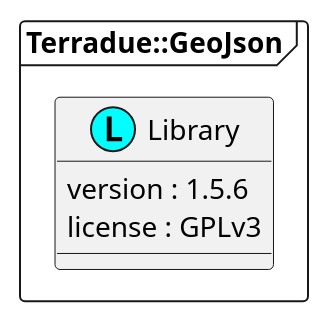
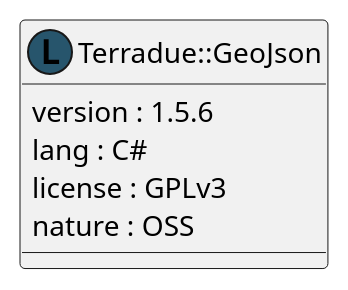
The diagram in source/namespaces/namespace_terradue_1_1_geo_json.iuml (urban-tep/DDF-SDD), drawn with PlantUML before and after one commit. The commit also changed 133 other files, not shown here.

```diff
--- a/source/namespaces/namespace_terradue_1_1_geo_json.iuml
+++ b/source/namespaces/namespace_terradue_1_1_geo_json.iuml
@@ -1,8 +1,8 @@
 @startuml
-package "Terradue::GeoJson" <<Frame>> {
-  class "Library" as namespace_terradue_1_1_geo_json << (L, cyan) >> [[../technology/packages/namespace_terradue_1_1_geo_json.html]] {
+  class "Terradue::GeoJson" as namespace_terradue_1_1_geo_json << (L, #27556C) >> [[../namespaces/namespace_terradue_1_1_geo_json.html]] {
      version : 1.5.6 
+     lang : C#
      license : GPLv3
+     nature : OSS
   }
-}
 @enduml
```
